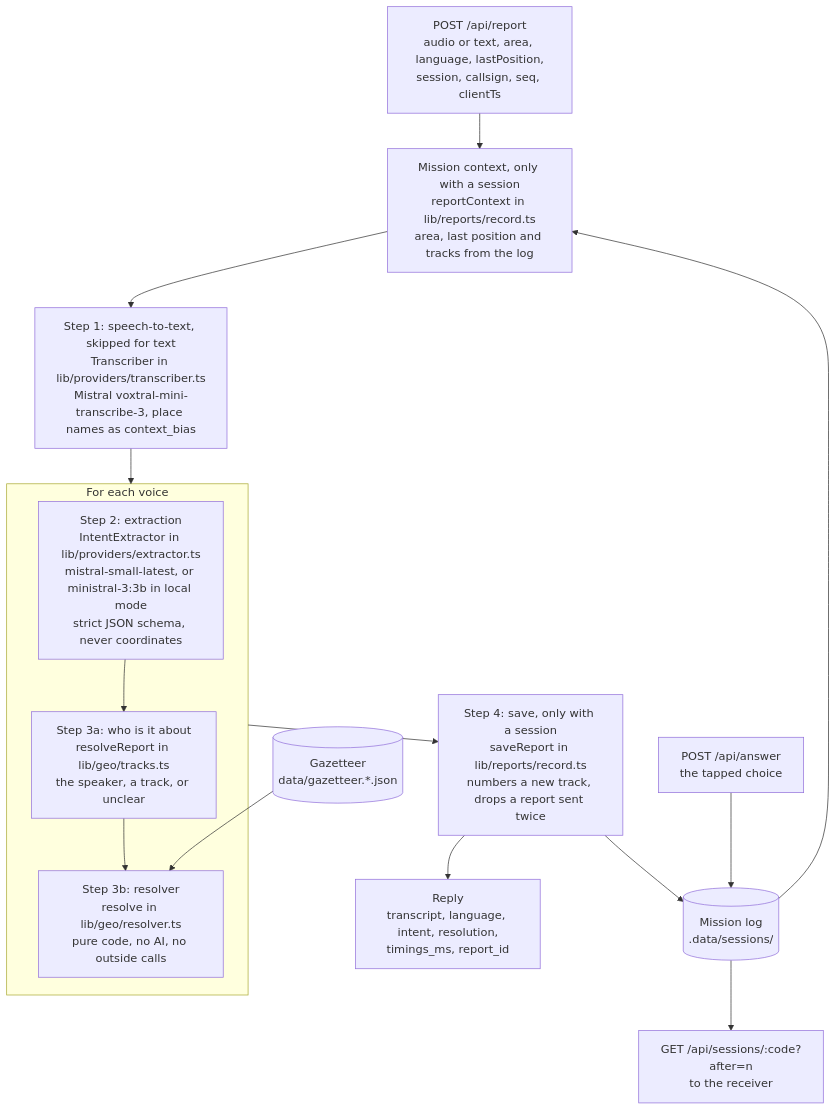
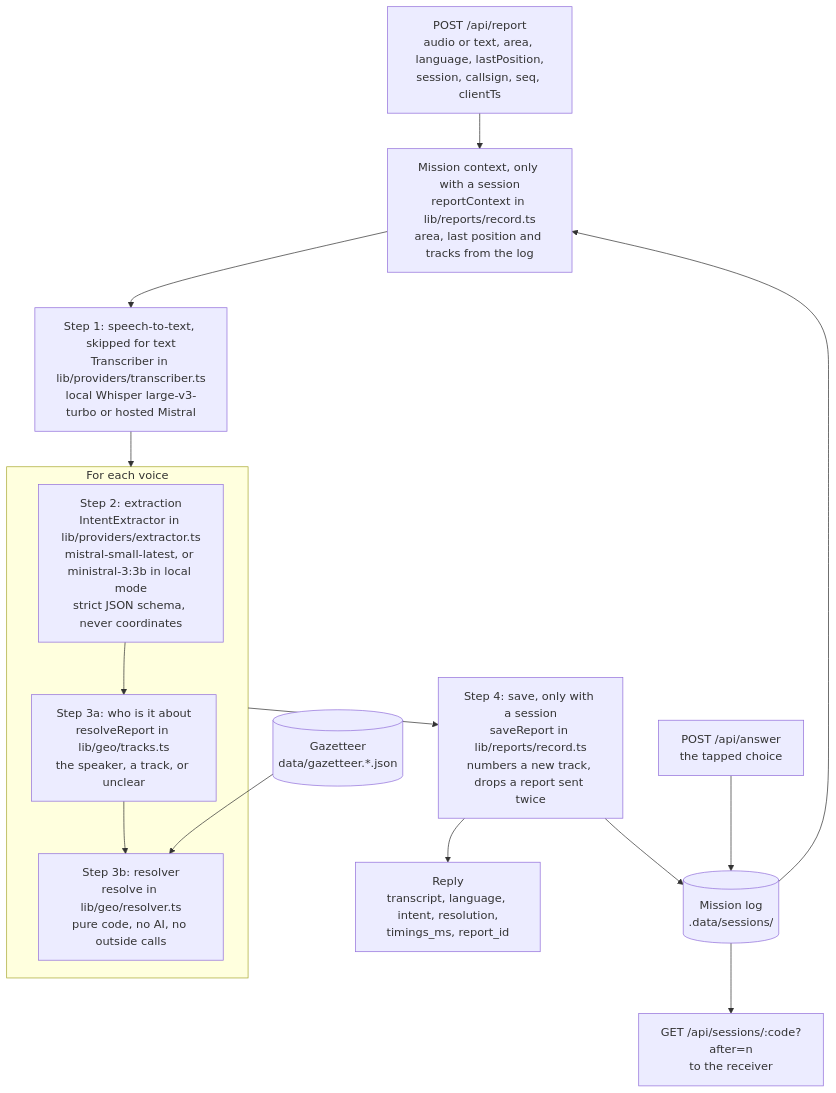
Before and after one commit to adam2765/edth-hackathon: the second of 4 diagrams in docs/architecture.md, drawn with Mermaid. The commit also changed other lines of this file and 33 other files, not shown here.

````diff
--- a/docs/architecture.md
+++ b/docs/architecture.md
@@ -73,25 +73,25 @@
 ```mermaid
 flowchart TB
     IN["POST /api/report<br/>audio or text, area, language, lastPosition,<br/>session, callsign, seq, clientTs"]
     CTX["Mission context, only with a session<br/>reportContext in lib/reports/record.ts<br/>area, last position and tracks from the log"]
-    STT["Step 1: speech-to-text, skipped for text<br/>Transcriber in lib/providers/transcriber.ts<br/>Mistral voxtral-mini-transcribe-3, place names as context_bias"]
+    STT["Step 1: speech-to-text, skipped for text<br/>Transcriber in lib/providers/transcriber.ts<br/>local Whisper large-v3-turbo or hosted Mistral"]
     subgraph VOICES["For each voice"]
         EXT["Step 2: extraction<br/>IntentExtractor in lib/providers/extractor.ts<br/>mistral-small-latest, or ministral-3:3b in local mode<br/>strict JSON schema, never coordinates"]
         SUB["Step 3a: who is it about<br/>resolveReport in lib/geo/tracks.ts<br/>the speaker, a track, or unclear"]
         RES["Step 3b: resolver<br/>resolve in lib/geo/resolver.ts<br/>pure code, no AI, no outside calls"]
         EXT --> SUB --> RES
     end
     GAZ[("Gazetteer<br/>data/gazetteer.*.json")]
     SAVE["Step 4: save, only with a session<br/>saveReport in lib/reports/record.ts<br/>numbers a new track, drops a report sent twice"]
     OUT["Reply<br/>transcript, language, intent, resolution,<br/>timings_ms, report_id"]
     LOG[("Mission log<br/>.data/sessions/")]
     ANS["POST /api/answer<br/>the tapped choice"]
     READ["GET /api/sessions/:code?after=n<br/>to the receiver"]
 
     IN --> CTX --> STT --> VOICES --> SAVE --> OUT
     GAZ --> RES
     LOG --> CTX
     SAVE --> LOG
     ANS --> LOG
     LOG --> READ
 ```
````
